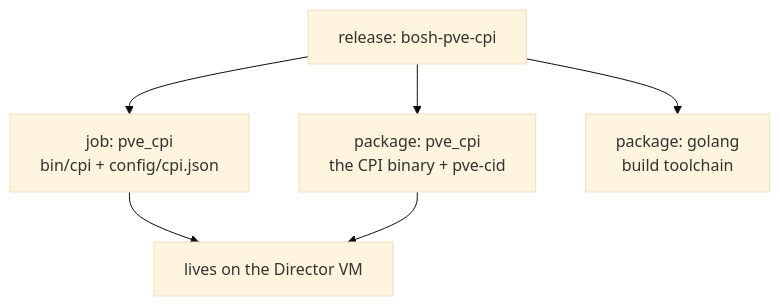
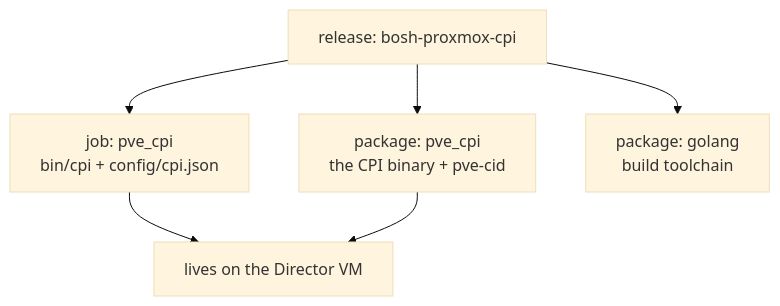
The diagram in docs/intro-overview/02-the-cast.md (fivetwenty-io/bosh-proxmox-cpi-release), drawn with Mermaid (base theme) before and after one commit. The commit also changed other lines of this file and 43 other files, not shown here.

First line of the commit message:
docs: complete the bosh-proxmox-cpi rename across docs, changelog, and metadata

````diff
--- a/docs/intro-overview/02-the-cast.md
+++ b/docs/intro-overview/02-the-cast.md
@@ -47,8 +47,8 @@
 ```mermaid
 flowchart TD
-    R["release: bosh-pve-cpi"] --> J["job: pve_cpi<br/>bin/cpi + config/cpi.json"]
+    R["release: bosh-proxmox-cpi"] --> J["job: pve_cpi<br/>bin/cpi + config/cpi.json"]
     R --> P1["package: pve_cpi<br/>the CPI binary + pve-cid"]
     R --> P2["package: golang<br/>build toolchain"]
     J --> DVM["lives on the Director VM"]
     P1 --> DVM
 ```
````
